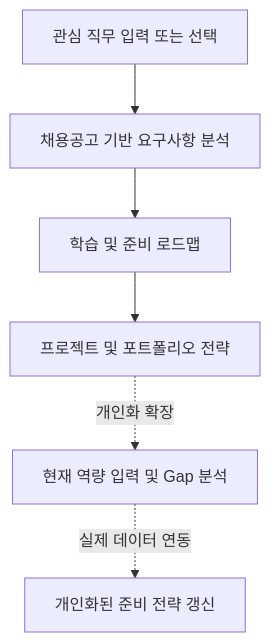
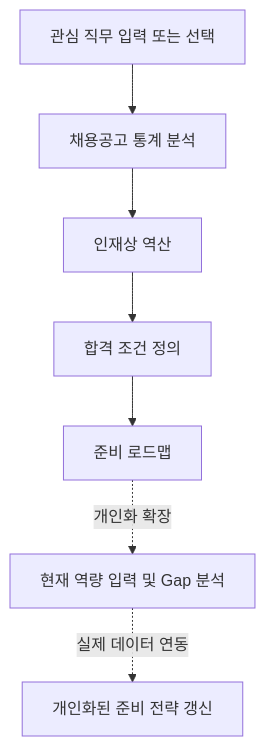
The diagram in docs/plan.md (Mureung1/hub-showcase), drawn with Mermaid before and after one commit. The commit also changed other lines of this file, not shown here.

````diff
--- a/docs/plan.md
+++ b/docs/plan.md
@@ -232,9 +330,10 @@
 ```mermaid
 flowchart TD
-    A[관심 직무 입력 또는 선택] --> B[채용공고 기반 요구사항 분석]
-    B --> C[학습 및 준비 로드맵]
-    C --> D[프로젝트 및 포트폴리오 전략]
+    A[관심 직무 입력 또는 선택] --> B[채용공고 통계 분석]
+    B --> C[인재상 역산]
+    C --> D[합격 조건 정의]
+    D --> E[준비 로드맵]
 
-    D -. 개인화 확장 .-> E[현재 역량 입력 및 Gap 분석]
-    E -. 실제 데이터 연동 .-> F[개인화된 준비 전략 갱신]
+    E -. 개인화 확장 .-> F[현재 역량 입력 및 Gap 분석]
+    F -. 실제 데이터 연동 .-> G[개인화된 준비 전략 갱신]
 ```
````
